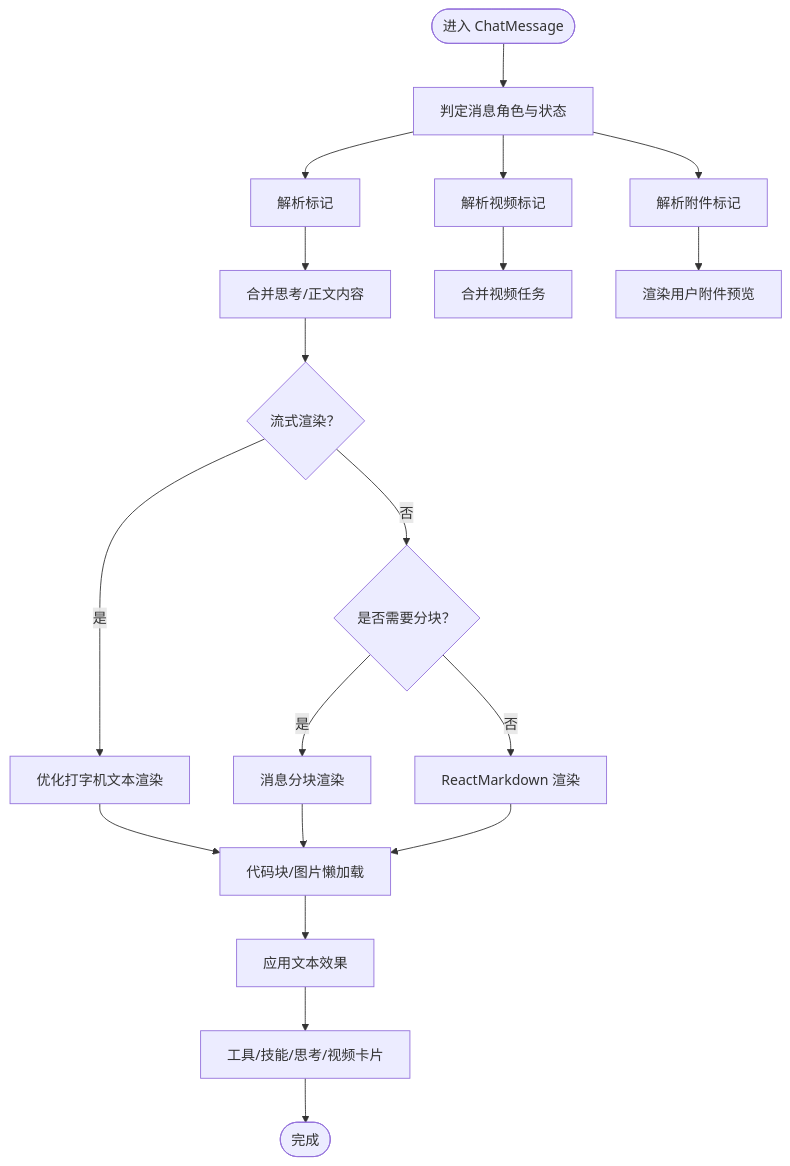
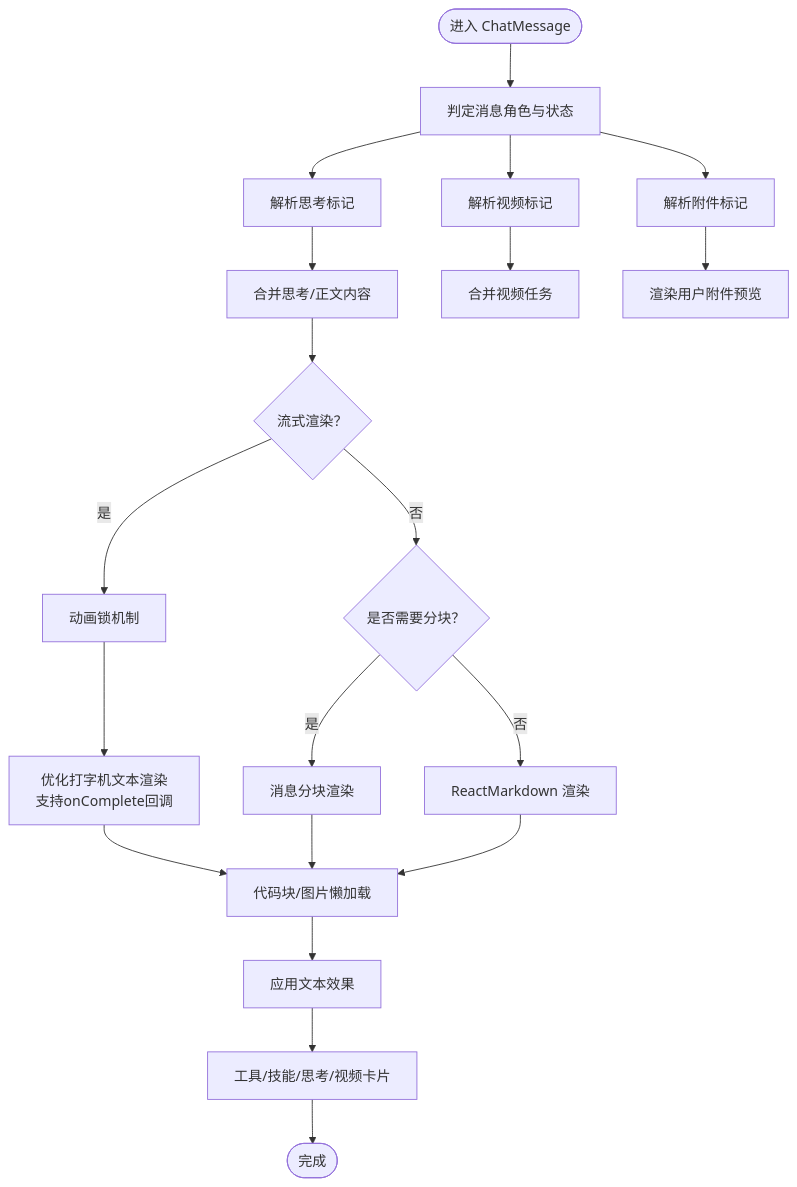
The third of 5 diagrams in .qoder/repowiki/zh/content/前端组件系统/AI助手组件/消息系统.md (KunLabAI/KunFlix), drawn with Mermaid before and after one commit. The commit also changed other lines of this file and 15 other files, not shown here.

````diff
--- a/.qoder/repowiki/zh/content/前端组件系统/AI助手组件/消息系统.md
+++ b/.qoder/repowiki/zh/content/前端组件系统/AI助手组件/消息系统.md
@@ -238,21 +249,22 @@
 ```mermaid
 flowchart TD
 Start(["进入 ChatMessage"]) --> RoleCheck["判定消息角色与状态"]
-RoleCheck --> ParseThink["解析<think>标记"]
+RoleCheck --> ParseThink["解析思考标记"]
 RoleCheck --> ParseVideo["解析视频标记"]
 RoleCheck --> ParseAttach["解析附件标记"]
 ParseThink --> MergeContent["合并思考/正文内容"]
 ParseVideo --> MergeVideo["合并视频任务"]
 ParseAttach --> UserPreview["渲染用户附件预览"]
 MergeContent --> RenderStrategy{"流式渲染？"}
-RenderStrategy --> |是| OptimizedTT["优化打字机文本渲染"]
+RenderStrategy --> |是| AnimLock["动画锁机制"]
+AnimLock --> OptimizedTT["优化打字机文本渲染<br/>支持onComplete回调"]
 RenderStrategy --> |否| ChunkCheck{"是否需要分块？"}
 ChunkCheck --> |是| Chunk["消息分块渲染"]
 ChunkCheck --> |否| Markdown["ReactMarkdown 渲染"]
 Markdown --> Media["代码块/图片懒加载"]
 OptimizedTT --> Media
 Chunk --> Media
 Media --> Effects["应用文本效果"]
 Effects --> Indicators["工具/技能/思考/视频卡片"]
 Indicators --> End(["完成"])
 ```
````
